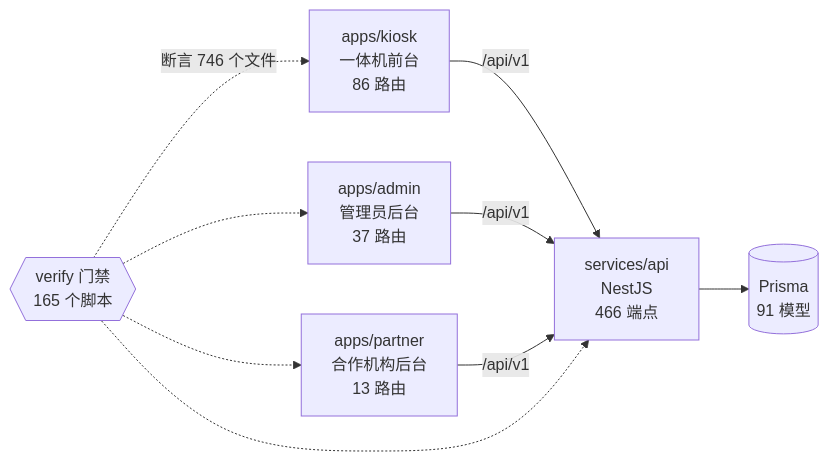
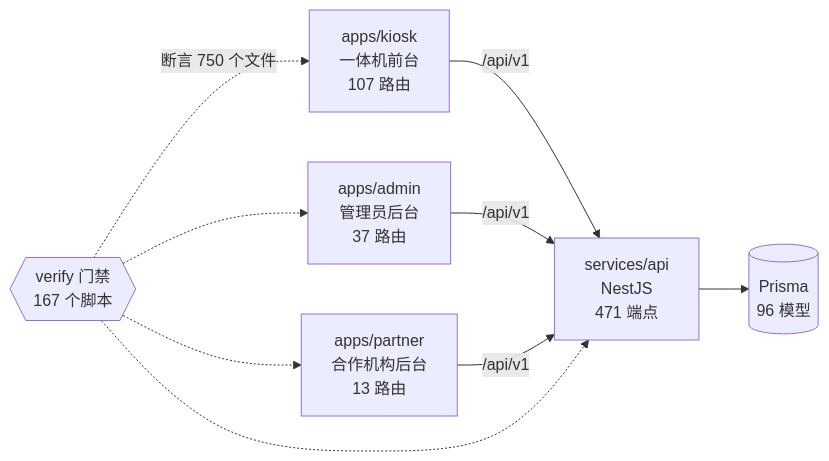
Before and after one commit to wanglei581/YITIJI: the diagram in docs/graph/README.md, drawn with Mermaid. The commit also changed other lines of this file and 8 other files, not shown here.

First line of the commit message:
fix(graph): 补齐 lazy 路由与多控制器解析

````diff
--- a/docs/graph/README.md
+++ b/docs/graph/README.md
@@ -68,18 +68,18 @@
 ```mermaid
 flowchart LR
-  kiosk["apps/kiosk<br/>一体机前台<br/>86 路由"]
+  kiosk["apps/kiosk<br/>一体机前台<br/>107 路由"]
   admin["apps/admin<br/>管理员后台<br/>37 路由"]
   partner["apps/partner<br/>合作机构后台<br/>13 路由"]
-  api["services/api<br/>NestJS<br/>466 端点"]
-  db[("Prisma<br/>91 模型")]
-  gates{{"verify 门禁<br/>165 个脚本"}}
+  api["services/api<br/>NestJS<br/>471 端点"]
+  db[("Prisma<br/>96 模型")]
+  gates{{"verify 门禁<br/>167 个脚本"}}
 
   kiosk -->|"/api/v1"| api
   admin -->|"/api/v1"| api
   partner -->|"/api/v1"| api
   api --> db
-  gates -.->|"断言 746 个文件"| kiosk
+  gates -.->|"断言 750 个文件"| kiosk
   gates -.-> admin
   gates -.-> partner
   gates -.-> api
 ```
````
